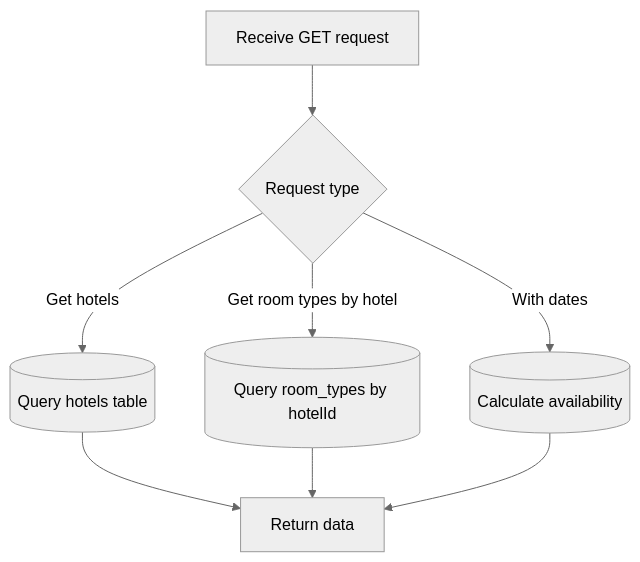
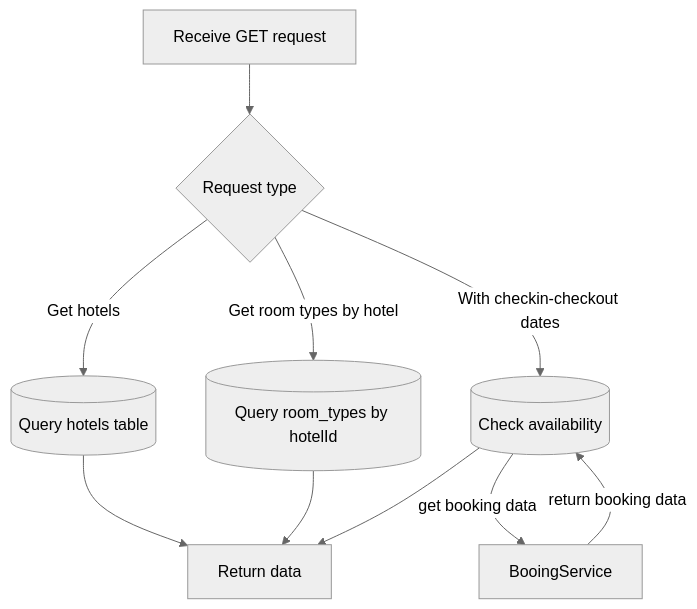
The fifth of 5 diagrams in docs/analysis-and-design.md (dqminh2411/hotel-booking-microservices), drawn with Mermaid (neutral theme) before and after one commit. The commit also changed other lines of this file and 6 other files, not shown here.

````diff
--- a/docs/analysis-and-design.md
+++ b/docs/analysis-and-design.md
@@ -377,12 +396,14 @@
 ```mermaid
 flowchart TD
     A[Receive GET request] --> B{Request type}
 
     B -->|Get hotels| C[(Query hotels table)]
     B -->|Get room types by hotel| D[(Query room_types by hotelId)]
-    B -->|With dates| E[(Calculate availability)]
+    B -->|With checkin-checkout dates| E[(Check availability)]
+    E -->|get booking data| G[BooingService]
+    G -->|return booking data| E  
 
     C --> F[Return data]
     D --> F
     E --> F
 ```
````
